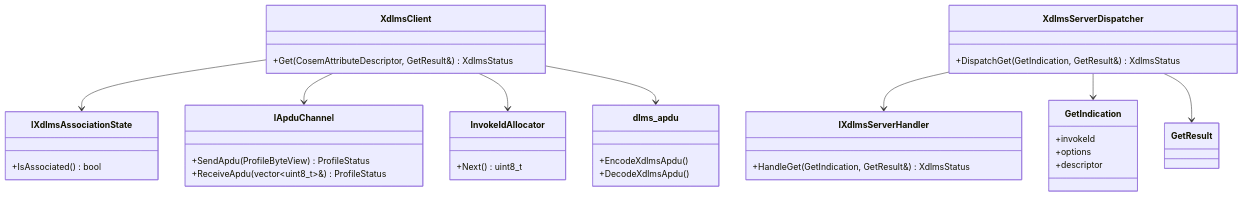
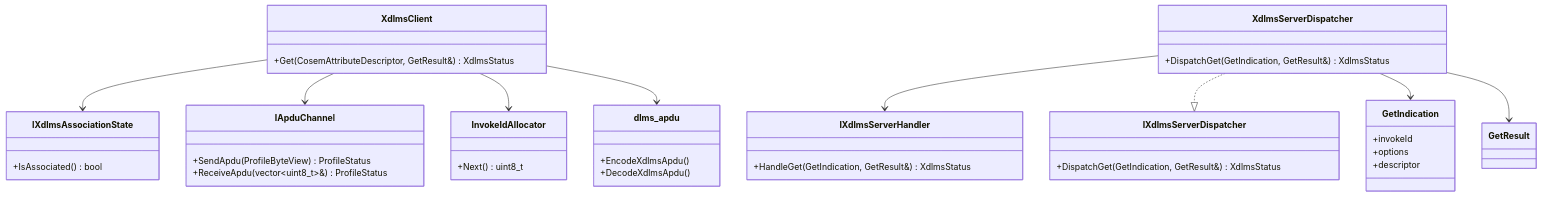
Before and after one commit to gvtret/dlms: the third of 14 diagrams in lib/dlms-xdlms/docs/architecture.md, drawn with Mermaid. The commit also changed other lines of this file and 4 other files, not shown here.

First line of the commit message:
refactor: add xdlms server dispatcher port

````diff
--- a/lib/dlms-xdlms/docs/architecture.md
+++ b/lib/dlms-xdlms/docs/architecture.md
@@ -45,46 +45,51 @@
 ```mermaid
 classDiagram
   class XdlmsClient {
     +Get(CosemAttributeDescriptor, GetResult&) XdlmsStatus
   }
 
   class IXdlmsAssociationState {
     +IsAssociated() bool
   }
 
   class IApduChannel {
     +SendApdu(ProfileByteView) ProfileStatus
     +ReceiveApdu(vector~uint8_t~&) ProfileStatus
   }
 
   class InvokeIdAllocator {
     +Next() uint8_t
   }
 
   class XdlmsServerDispatcher {
     +DispatchGet(GetIndication, GetResult&) XdlmsStatus
   }
 
+  class IXdlmsServerDispatcher {
+    +DispatchGet(GetIndication, GetResult&) XdlmsStatus
+  }
+
   class IXdlmsServerHandler {
     +HandleGet(GetIndication, GetResult&) XdlmsStatus
   }
 
   class GetIndication {
     +invokeId
     +options
     +descriptor
   }
 
   class dlms_apdu {
     +EncodeXdlmsApdu()
     +DecodeXdlmsApdu()
   }
 
   XdlmsClient --> IXdlmsAssociationState
   XdlmsClient --> IApduChannel
   XdlmsClient --> InvokeIdAllocator
   XdlmsClient --> dlms_apdu
   XdlmsServerDispatcher --> IXdlmsServerHandler
+  XdlmsServerDispatcher ..|> IXdlmsServerDispatcher
   XdlmsServerDispatcher --> GetIndication
   XdlmsServerDispatcher --> GetResult
 ```
````
